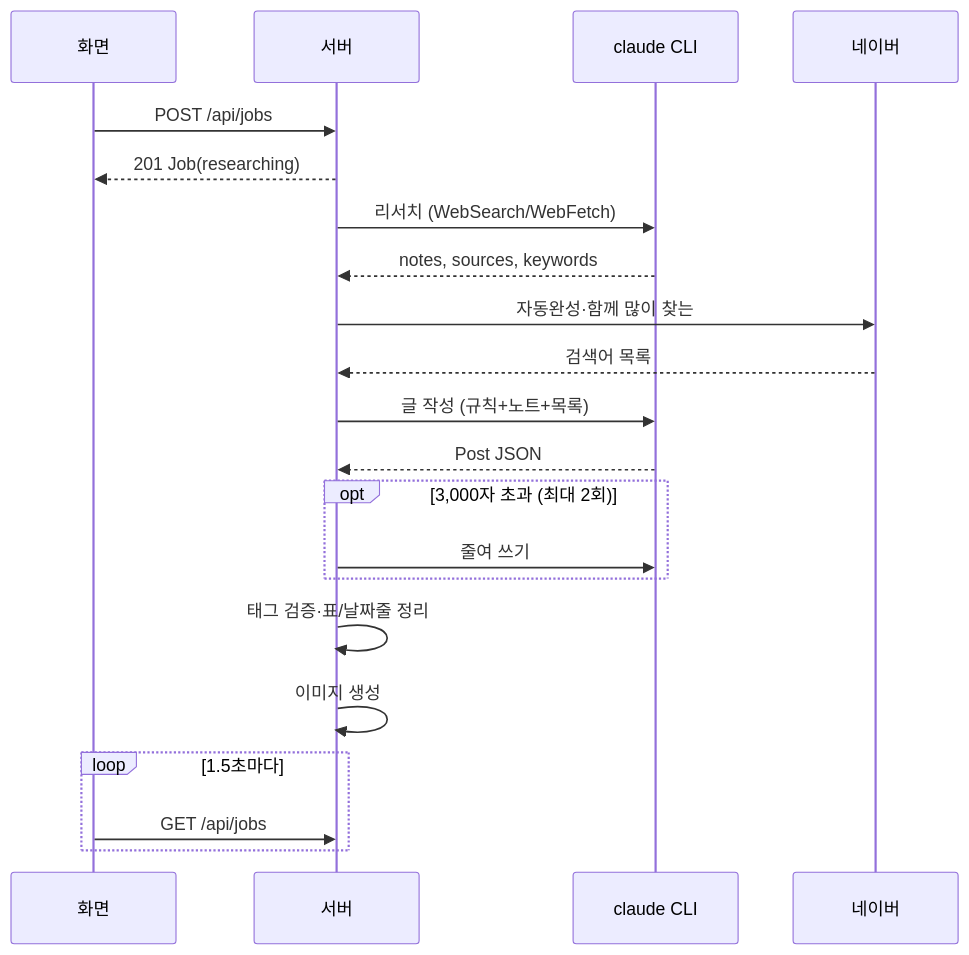
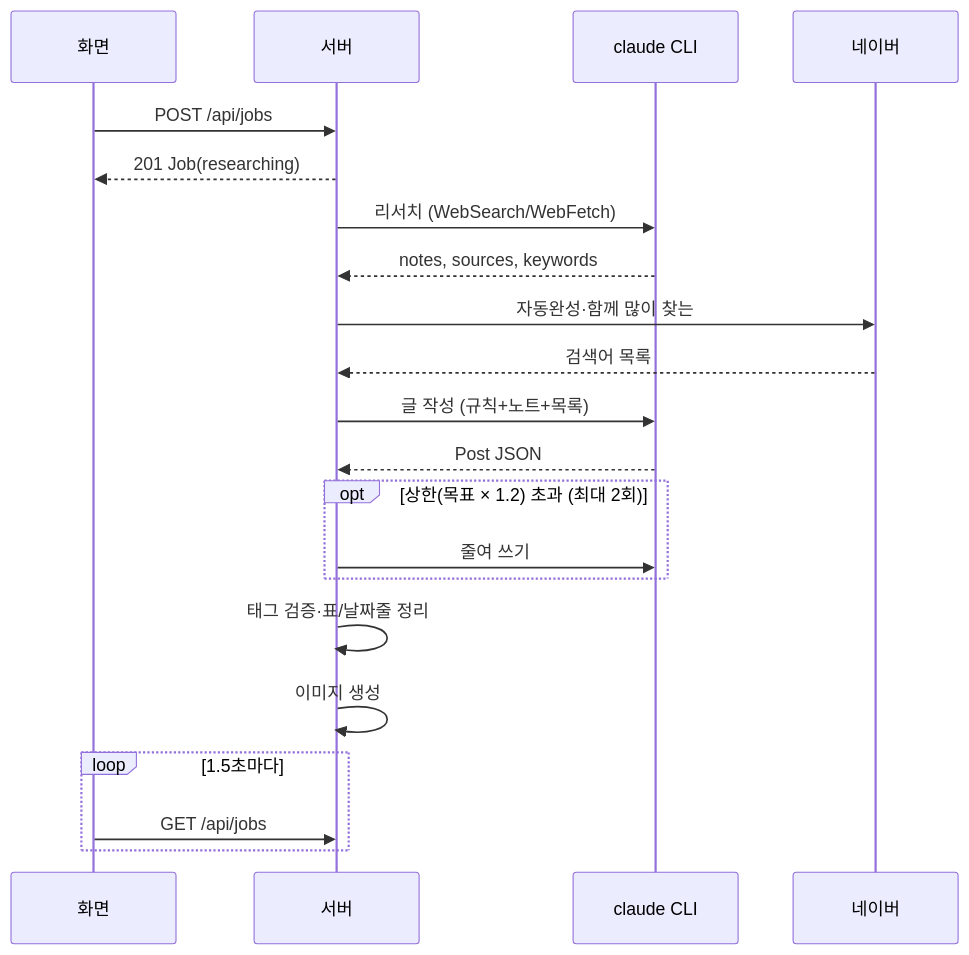
One commit to beekei-god/blog-writer changed the diagram in vault/wiki/writing/flows/초안 작성 플로우.md. Above: the diagram before and after it, drawn with Mermaid. The commit also changed other lines of this file and 38 other files, not shown here.

````diff
--- a/vault/wiki/writing/flows/초안 작성 플로우.md
+++ b/vault/wiki/writing/flows/초안 작성 플로우.md
@@ -46,23 +48,23 @@
 ```mermaid
 sequenceDiagram
   participant W as 화면
   participant S as 서버
   participant C as claude CLI
   participant N as 네이버
   W->>S: POST /api/jobs
   S-->>W: 201 Job(researching)
   S->>C: 리서치 (WebSearch/WebFetch)
   C-->>S: notes, sources, keywords
   S->>N: 자동완성·함께 많이 찾는
   N-->>S: 검색어 목록
   S->>C: 글 작성 (규칙+노트+목록)
   C-->>S: Post JSON
-  opt 3,000자 초과 (최대 2회)
+  opt 상한(목표 × 1.2) 초과 (최대 2회)
     S->>C: 줄여 쓰기
   end
   S->>S: 태그 검증·표/날짜줄 정리
   S->>S: 이미지 생성
   loop 1.5초마다
     W->>S: GET /api/jobs
   end
 ```
````
